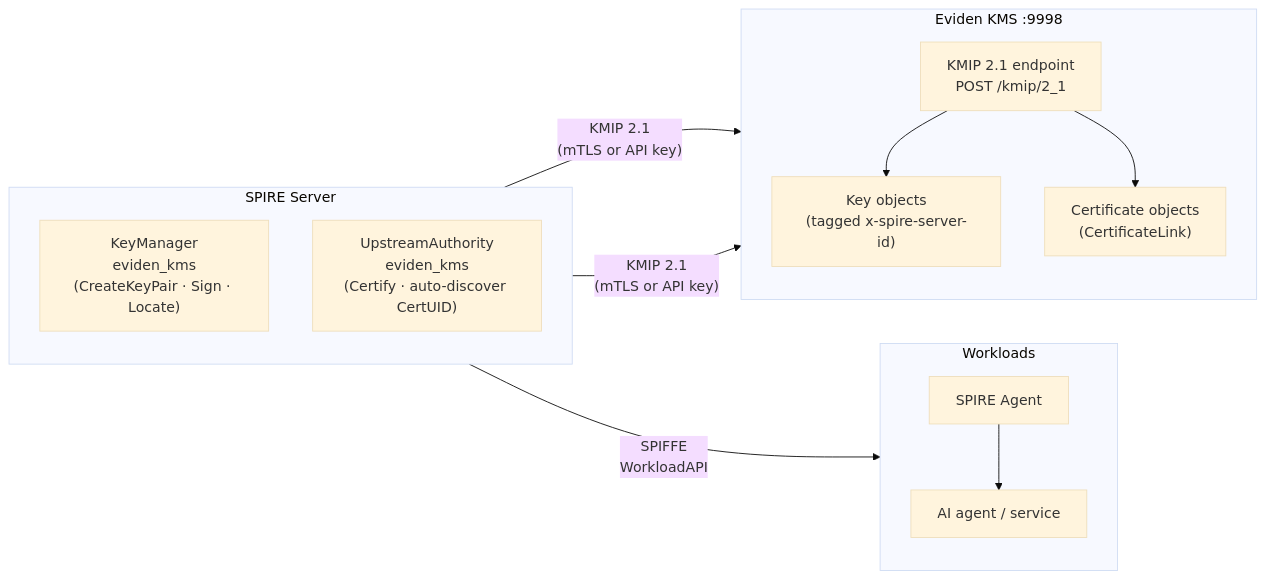
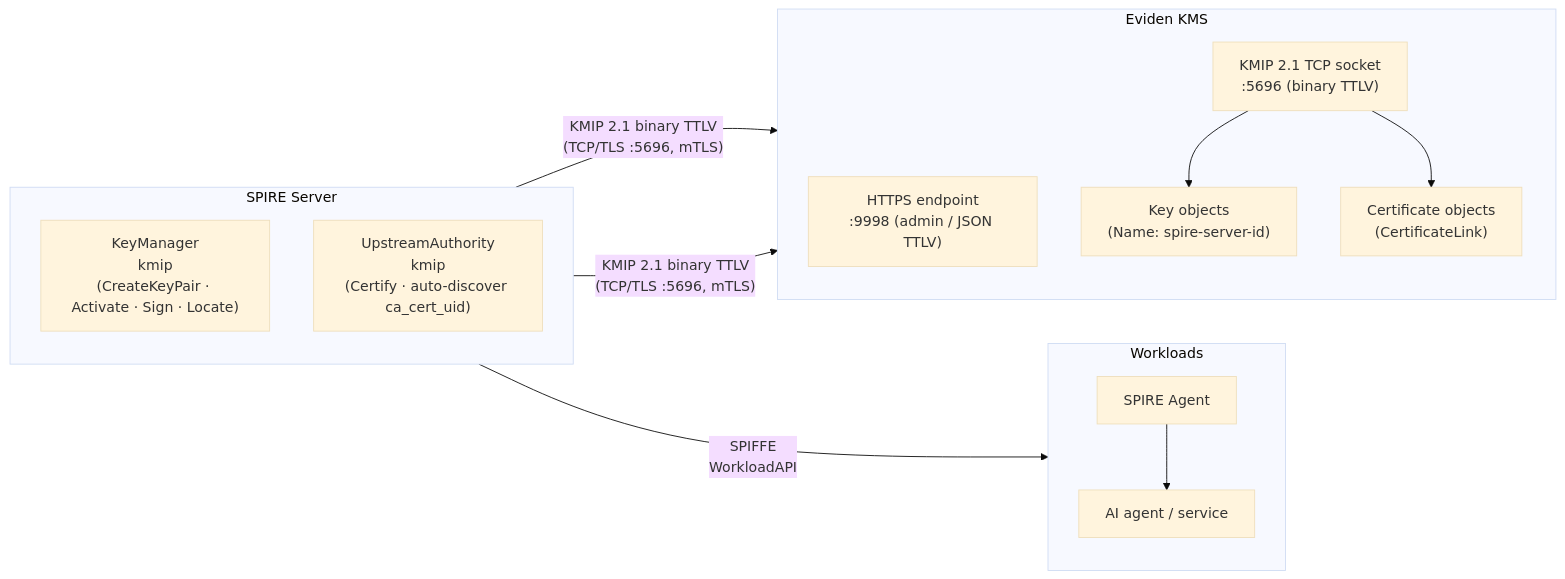
One commit to Cosmian/kms changed the second of 5 diagrams in documentation/docs/integrations/spire_spiffe_kmip_plugin.md. Above: the diagram before and after it, drawn with Mermaid (base theme). The commit also changed other lines of this file and 2 other files, not shown here.

First line of the commit message:
test(spire): add e2e test for kmip plugins over binary KMIP TCP/TLS

````diff
--- a/documentation/docs/integrations/spire_spiffe_kmip_plugin.md
+++ b/documentation/docs/integrations/spire_spiffe_kmip_plugin.md
@@ -89,28 +97,29 @@
 ```mermaid
 flowchart LR
-    subgraph KMS ["Eviden KMS :9998"]
+    subgraph KMS ["Eviden KMS"]
         direction TB
-        KMIP["KMIP 2.1 endpoint<br/>POST /kmip/2_1"]
-        Keys["Key objects<br/>(tagged x-spire-server-id)"]
+        HTTPS["HTTPS endpoint<br/>:9998 (admin / JSON TTLV)"]
+        TCP["KMIP 2.1 TCP socket<br/>:5696 (binary TTLV)"]
+        Keys["Key objects<br/>(Name: spire-server-id)"]
         Certs["Certificate objects<br/>(CertificateLink)"]
-        KMIP --> Keys
-        KMIP --> Certs
+        TCP --> Keys
+        TCP --> Certs
     end
 
     subgraph SPIRE ["SPIRE Server"]
         direction TB
-        KM["KeyManager<br/>eviden_kms<br/>(CreateKeyPair · Sign · Locate)"]
-        UA["UpstreamAuthority<br/>eviden_kms<br/>(Certify · auto-discover CertUID)"]
+        KM["KeyManager<br/>kmip<br/>(CreateKeyPair · Activate · Sign · Locate)"]
+        UA["UpstreamAuthority<br/>kmip<br/>(Certify · auto-discover ca_cert_uid)"]
     end
 
     subgraph Workloads ["Workloads"]
         direction TB
         SA["SPIRE Agent"]
         WL["AI agent / service"]
         SA --> WL
     end
 
-    KM -- "KMIP 2.1<br/>(mTLS or API key)" --> KMS
-    UA -- "KMIP 2.1<br/>(mTLS or API key)" --> KMS
+    KM -- "KMIP 2.1 binary TTLV<br/>(TCP/TLS :5696, mTLS)" --> KMS
+    UA -- "KMIP 2.1 binary TTLV<br/>(TCP/TLS :5696, mTLS)" --> KMS
     SPIRE -- "SPIFFE<br/>WorkloadAPI" --> SA
 ```
````
